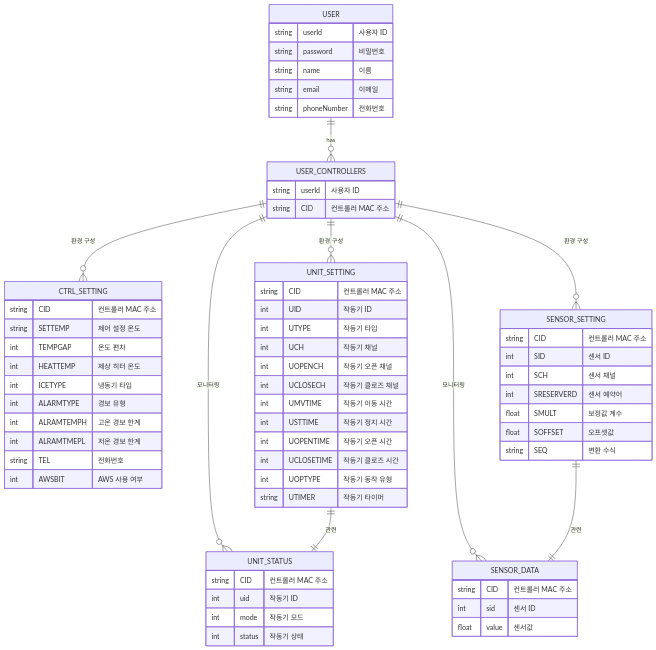
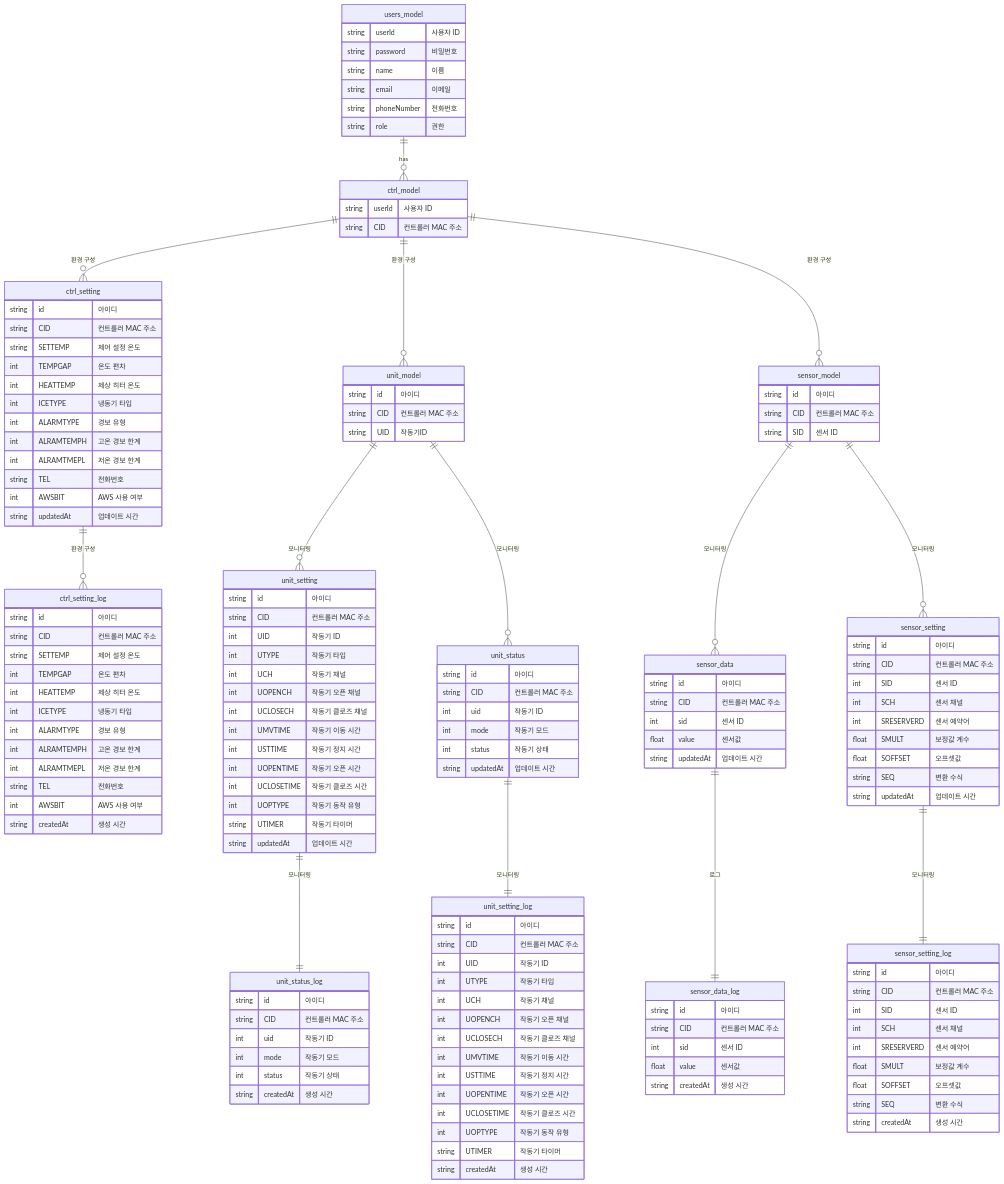
The diagram in develop_document/db_design.md (na03266/dreamfarm2_server), drawn with Mermaid before and after one commit. The commit also changed other lines of this file and 13 other files, not shown here.

````diff
--- a/develop_document/db_design.md
+++ b/develop_document/db_design.md
@@ -3,26 +3,33 @@
 ```mermaid
 erDiagram
-    USER ||--o{ USER_CONTROLLERS: "has"
-    USER_CONTROLLERS ||--o{ CTRL_SETTING: "환경 구성"
-    USER_CONTROLLERS ||--o{ UNIT_SETTING: "환경 구성"
-    USER_CONTROLLERS ||--o{ SENSOR_SETTING: "환경 구성"
-    USER_CONTROLLERS ||--o{ UNIT_STATUS: "모니터링"
-    USER_CONTROLLERS ||--o{ SENSOR_DATA: "모니터링"
-    SENSOR_SETTING ||--|| SENSOR_DATA: "관련"
-    UNIT_SETTING ||--|| UNIT_STATUS: "관련"
+    users_model ||--o{ ctrl_model: "has"
+    ctrl_model ||--o{ unit_model: "환경 구성"
+    ctrl_model ||--o{ ctrl_setting: "환경 구성"
+    ctrl_setting ||--o{ ctrl_setting_log: "환경 구성"
+    ctrl_model ||--o{ sensor_model: "환경 구성"
+    sensor_model ||--o{ sensor_data: "모니터링"
+    sensor_model ||--o{ sensor_setting: "모니터링"
+    sensor_data ||--|| sensor_data_log: "로그"
+    sensor_setting ||--|| sensor_setting_log: "모니터링"
+    unit_model ||--o{ unit_setting: "모니터링"
+    unit_model ||--o{ unit_status: "모니터링"
+    unit_status ||--|| unit_setting_log: "모니터링"
+    unit_setting ||--|| unit_status_log: "모니터링"
 
-    USER {
+    users_model {
         string userId "사용자 ID"
         string password "비밀번호"
         string name "이름"
         string email "이메일"
         string phoneNumber "전화번호"
+        string role "권한"
     }
-    USER_CONTROLLERS {
+    ctrl_model {
         string userId "사용자 ID"
         string CID "컨트롤러 MAC 주소"
     }
-    CTRL_SETTING {
+    ctrl_setting {
+        string id "아이디"
         string CID "컨트롤러 MAC 주소"
         string SETTEMP "제어 설정 온도"
         int TEMPGAP "온도 편차"
@@ -33,8 +40,29 @@
         int ALRAMTMEPL "저온 경보 한계"
         string TEL "전화번호"
         int AWSBIT "AWS 사용 여부"
+        string updatedAt "업데이트 시간"
     }
-    UNIT_SETTING {
+    ctrl_setting_log {
+        string id "아이디"
+        string CID "컨트롤러 MAC 주소"
+        string SETTEMP "제어 설정 온도"
+        int TEMPGAP "온도 편차"
+        int HEATTEMP "제상 히터 온도"
+        int ICETYPE "냉동기 타입"
+        int ALARMTYPE "경보 유형"
+        int ALRAMTEMPH "고온 경보 한계"
+        int ALRAMTMEPL "저온 경보 한계"
+        string TEL "전화번호"
+        int AWSBIT "AWS 사용 여부"
+        string createdAt "생성 시간"
+    }
+    unit_model {
+        string id "아이디"
+        string CID "컨트롤러 MAC 주소"
+        string UID "작동기ID"
+    }
+    unit_setting {
+        string id "아이디"
         string CID "컨트롤러 MAC 주소"
         int UID "작동기 ID"
         int UTYPE "작동기 타입"
@@ -47,8 +75,31 @@
         int UCLOSETIME "작동기 클로즈 시간"
         int UOPTYPE "작동기 동작 유형"
         string UTIMER "작동기 타이머"
+        string updatedAt "업데이트 시간"
     }
-    SENSOR_SETTING {
+    unit_setting_log {
+        string id "아이디"
+        string CID "컨트롤러 MAC 주소"
+        int UID "작동기 ID"
+        int UTYPE "작동기 타입"
+        int UCH "작동기 채널"
+        int UOPENCH "작동기 오픈 채널"
+        int UCLOSECH "작동기 클로즈 채널"
+        int UMVTIME "작동기 이동 시간"
+        int USTTIME "작동기 정지 시간"
+        int UOPENTIME "작동기 오픈 시간"
+        int UCLOSETIME "작동기 클로즈 시간"
+        int UOPTYPE "작동기 동작 유형"
+        string UTIMER "작동기 타이머"
+        string createdAt "생성 시간"
+    }
+    sensor_model {
+        string id "아이디"
+        string CID "컨트롤러 MAC 주소"
+        string SID "센서 ID"
+    }
+    sensor_setting {
+        string id "아이디"
         string CID "컨트롤러 MAC 주소"
         int SID "센서 ID"
         int SCH "센서 채널"
@@ -56,16 +107,47 @@
         float SMULT "보정값 계수"
         float SOFFSET "오프셋값"
         string SEQ "변환 수식"
+        string updatedAt "업데이트 시간"
     }
-    SENSOR_DATA {
+    sensor_setting_log {
+        string id "아이디"
+        string CID "컨트롤러 MAC 주소"
+        int SID "센서 ID"
+        int SCH "센서 채널"
+        int SRESERVERD "센서 예약어"
+        float SMULT "보정값 계수"
+        float SOFFSET "오프셋값"
+        string SEQ "변환 수식"
+        string createdAt "생성 시간"
+    }
+    sensor_data {
+        string id "아이디"
         string CID "컨트롤러 MAC 주소"
         int sid "센서 ID"
         float value "센서값"
+        string updatedAt "업데이트 시간"
     }
-    UNIT_STATUS {
+    sensor_data_log {
+        string id "아이디"
+        string CID "컨트롤러 MAC 주소"
+        int sid "센서 ID"
+        float value "센서값"
+        string createdAt "생성 시간"
+    }
+    unit_status {
+        string id "아이디"
         string CID "컨트롤러 MAC 주소"
         int uid "작동기 ID"
         int mode "작동기 모드"
         int status "작동기 상태"
+        string updatedAt "업데이트 시간"
+    }
+    unit_status_log {
+        string id "아이디"
+        string CID "컨트롤러 MAC 주소"
+        int uid "작동기 ID"
+        int mode "작동기 모드"
+        int status "작동기 상태"
+        string createdAt "생성 시간"
     }
 ```
````
